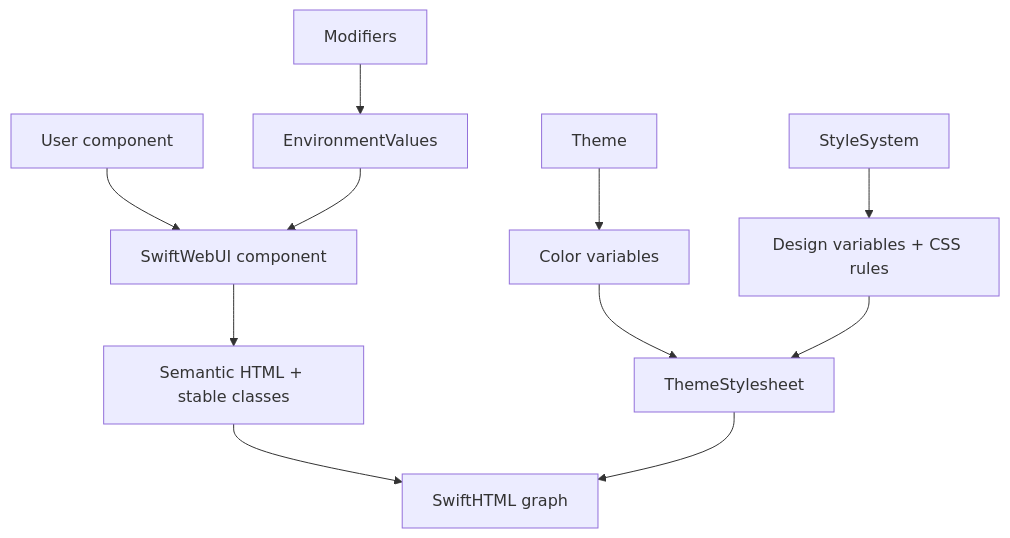
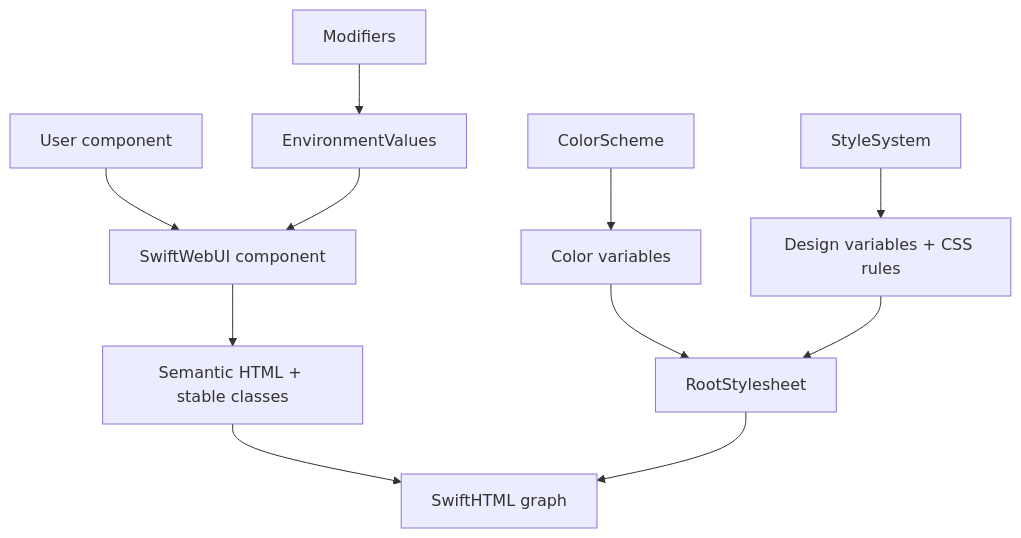
One commit to 1amageek/swift-web changed the first of 4 diagrams in docs/SwiftWebUIStyleDesign.md. Above: the diagram before and after it, drawn with Mermaid. The commit also changed other lines of this file and 85 other files, not shown here.

````diff
--- a/docs/SwiftWebUIStyleDesign.md
+++ b/docs/SwiftWebUIStyleDesign.md
@@ -8,13 +8,13 @@
 ```mermaid
 flowchart TD
     A["User component"] --> B["SwiftWebUI component"]
     C["Modifiers"] --> D["EnvironmentValues"]
     D --> B
     B --> E["Semantic HTML + stable classes"]
-    F["Theme"] --> G["Color variables"]
+    F["ColorScheme"] --> G["Color variables"]
     H["StyleSystem"] --> I["Design variables + CSS rules"]
-    G --> J["ThemeStylesheet"]
+    G --> J["RootStylesheet"]
     I --> J
     E --> K["SwiftHTML graph"]
     J --> K
 ```
````
